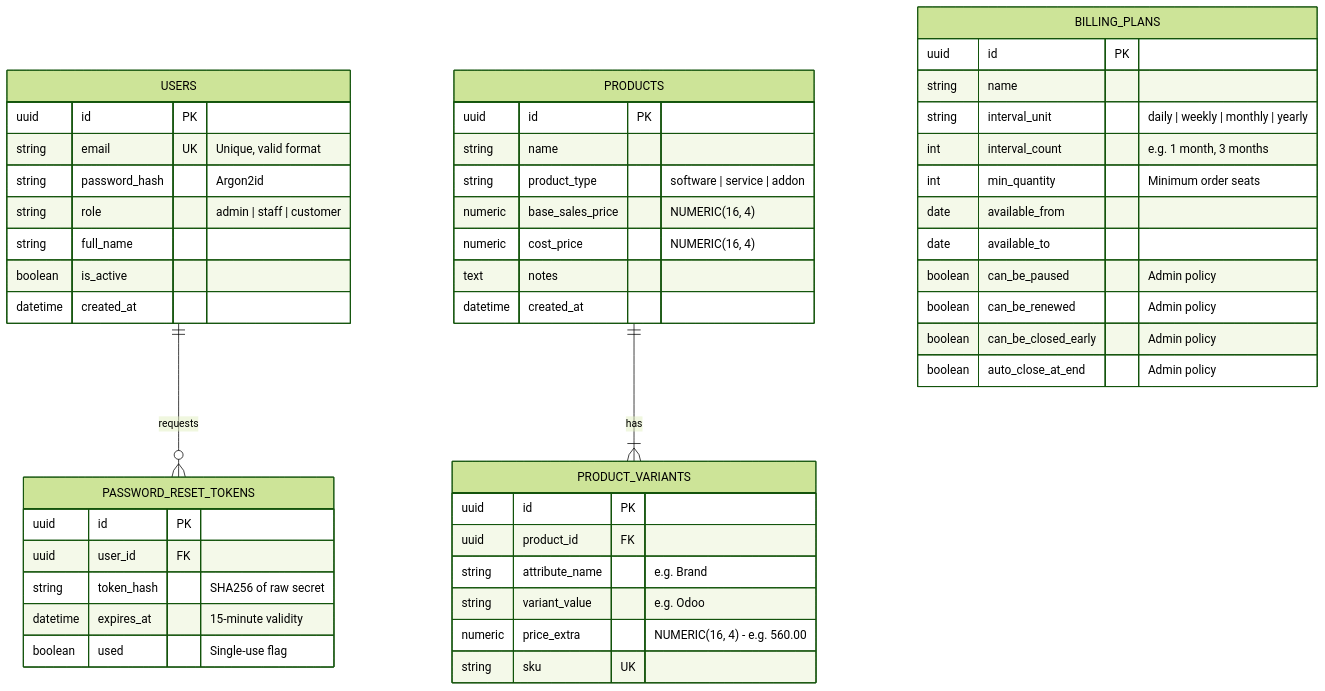
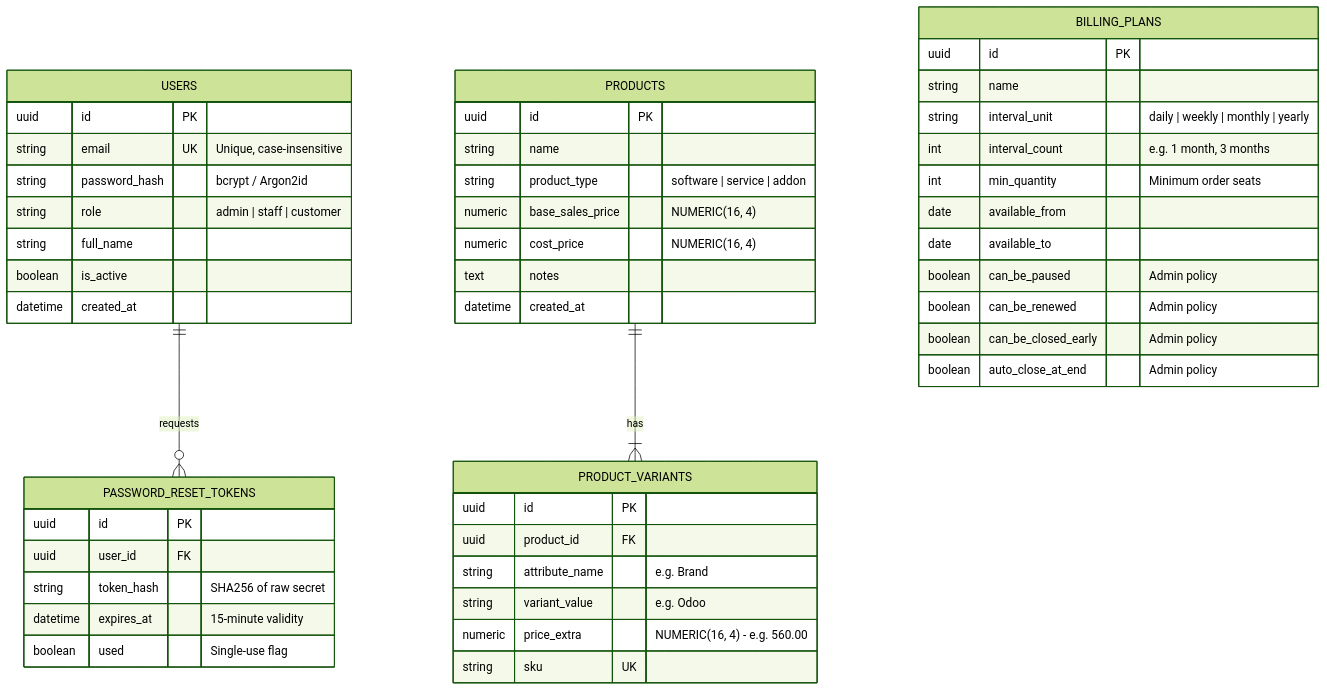
One commit to Niss54/Subscription_Management_System changed the diagram in PRD_PHASE_1.md. Above: the diagram before and after it, drawn with Mermaid (forest theme). The commit also changed other lines of this file and 2 other files, not shown here.

````diff
--- a/PRD_PHASE_1.md
+++ b/PRD_PHASE_1.md
@@ -36,55 +39,55 @@
 ```mermaid
 erDiagram
     USERS ||--o{ PASSWORD_RESET_TOKENS : "requests"
     USERS {
         uuid id PK
-        string email UK "Unique, valid format"
-        string password_hash "Argon2id"
+        string email UK "Unique, case-insensitive"
+        string password_hash "bcrypt / Argon2id"
         string role "admin | staff | customer"
         string full_name
         boolean is_active
         datetime created_at
     }
 
     PASSWORD_RESET_TOKENS {
         uuid id PK
         uuid user_id FK
         string token_hash "SHA256 of raw secret"
         datetime expires_at "15-minute validity"
         boolean used "Single-use flag"
     }
 
     PRODUCTS ||--|{ PRODUCT_VARIANTS : "has"
     PRODUCTS {
         uuid id PK
         string name
         string product_type "software | service | addon"
         numeric base_sales_price "NUMERIC(16, 4)"
         numeric cost_price "NUMERIC(16, 4)"
         text notes
         datetime created_at
     }
 
     PRODUCT_VARIANTS {
         uuid id PK
         uuid product_id FK
         string attribute_name "e.g. Brand"
         string variant_value "e.g. Odoo"
         numeric price_extra "NUMERIC(16, 4) - e.g. 560.00"
         string sku UK
     }
 
     BILLING_PLANS {
         uuid id PK
         string name
         string interval_unit "daily | weekly | monthly | yearly"
         int interval_count "e.g. 1 month, 3 months"
         int min_quantity "Minimum order seats"
         date available_from
         date available_to
         boolean can_be_paused "Admin policy"
         boolean can_be_renewed "Admin policy"
         boolean can_be_closed_early "Admin policy"
         boolean auto_close_at_end "Admin policy"
     }
 ```
````
